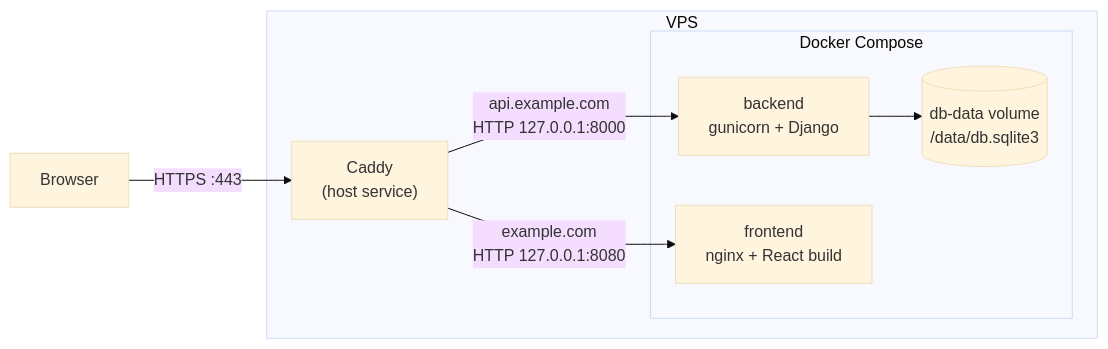
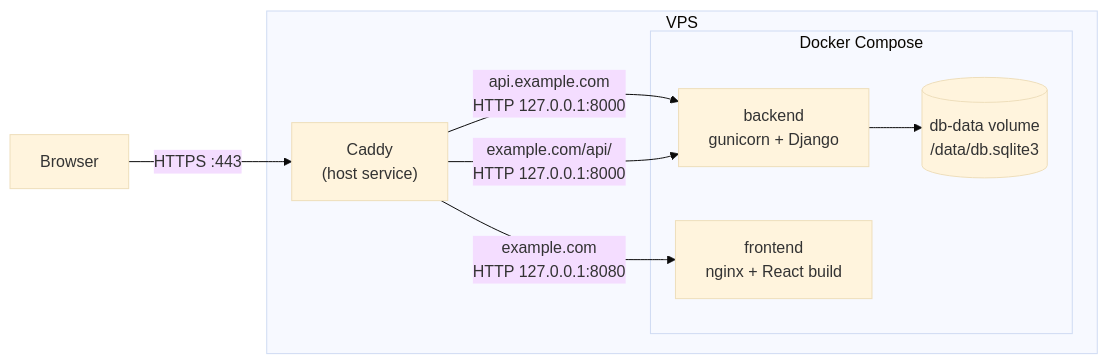
Before and after one commit to MrAleborg/portfolio: the diagram in backend/docs/deployment.md, drawn with Mermaid (base theme). The commit also changed other lines of this file and 6 other files, not shown here.

First line of the commit message:
Proxy /api to the backend on the frontend's domain

````diff
--- a/backend/docs/deployment.md
+++ b/backend/docs/deployment.md
@@ -16,12 +17,13 @@
 ```mermaid
 flowchart LR
     Browser -- "HTTPS :443" --> Caddy["Caddy<br>(host service)"]
     subgraph VPS
         Caddy -- "api.example.com<br>HTTP 127.0.0.1:8000" --> Backend
         Caddy -- "example.com<br>HTTP 127.0.0.1:8080" --> Frontend
+        Caddy -- "example.com/api/<br>HTTP 127.0.0.1:8000" --> Backend
         subgraph Compose [Docker Compose]
             Backend["backend<br>gunicorn + Django"] --> DB[("db-data volume<br>/data/db.sqlite3")]
             Frontend["frontend<br>nginx + React build"]
         end
     end
 ```
````
